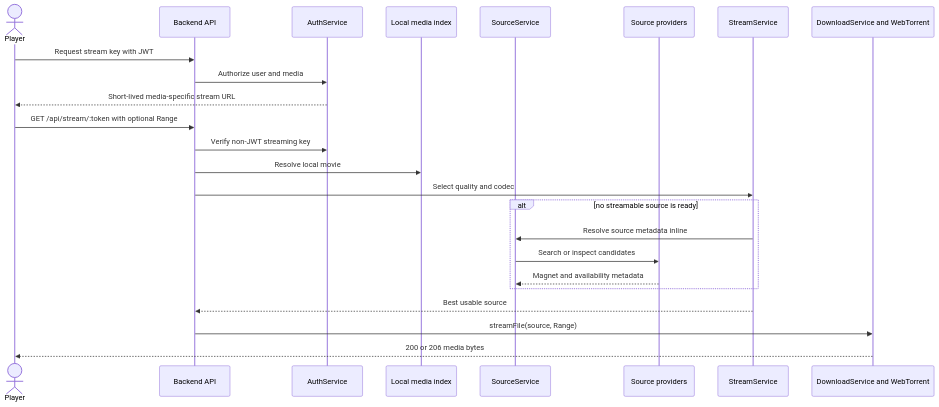
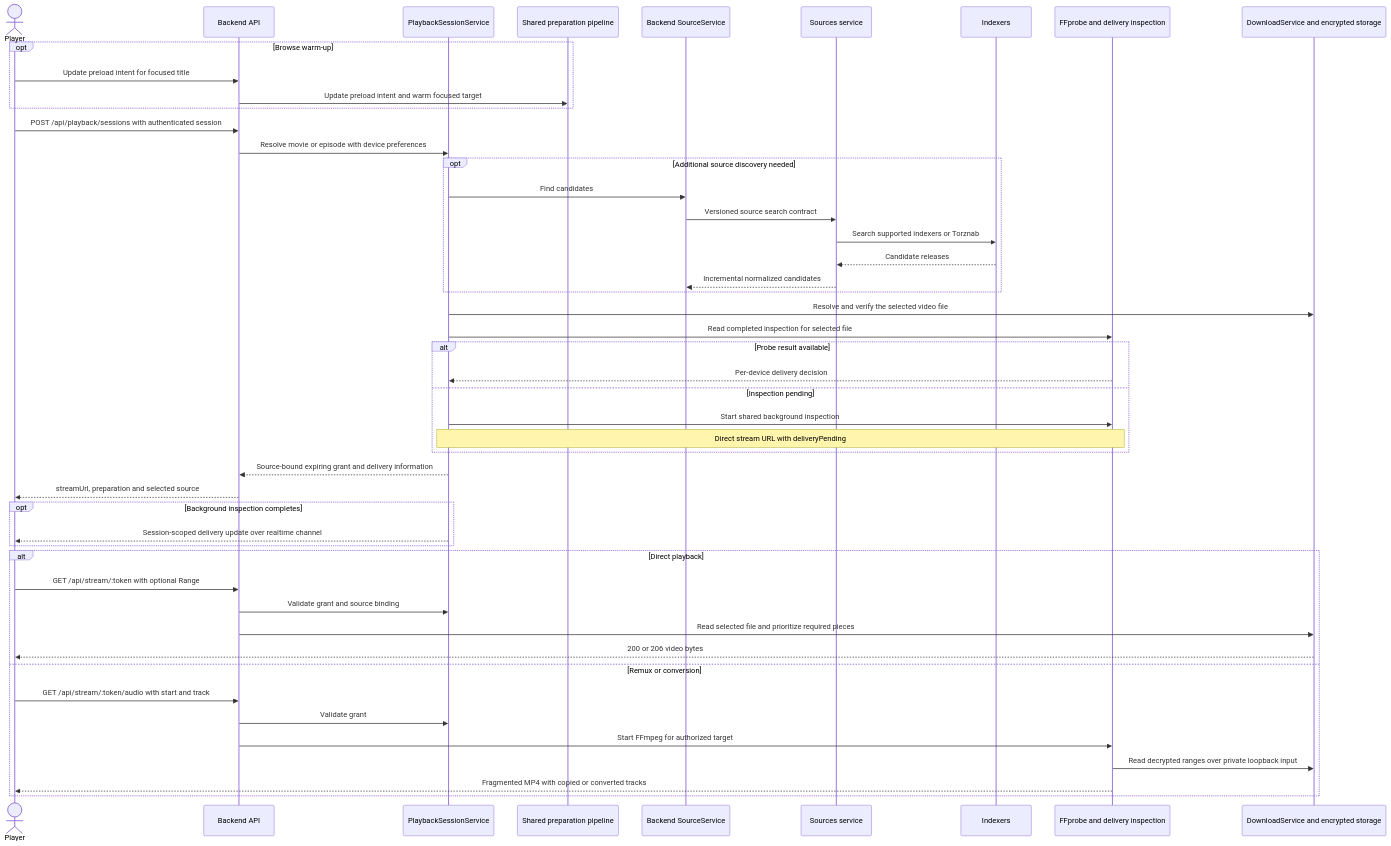
One commit to maury91/miauflix changed the sixth of 7 diagrams in docs/architecture/diagrams.md. Above: the diagram before and after it, drawn with Mermaid. The commit also changed other lines of this file and 39 other files, not shown here.

First line of the commit message:
docs: describe external source providers and current capabilities (#78)

````diff
--- a/docs/architecture/diagrams.md
+++ b/docs/architecture/diagrams.md
@@ -203,29 +218,53 @@
 ```mermaid
 sequenceDiagram
   actor Player
   participant API as Backend API
-  participant Auth as AuthService
-  participant Media as Local media index
-  participant Sources as SourceService
-  participant Providers as Source providers
-  participant Stream as StreamService
-  participant Torrent as DownloadService and WebTorrent
+  participant Session as PlaybackSessionService
+  participant Preparation as Shared preparation pipeline
+  participant Sources as Backend SourceService
+  participant Search as Sources service
+  participant Indexers
+  participant Probe as FFprobe and delivery inspection
+  participant Torrent as DownloadService and encrypted storage
 
-  Player->>API: Request stream key with JWT
-  API->>Auth: Authorize user and media
-  Auth-->>Player: Short-lived media-specific stream URL
-  Player->>API: GET /api/stream/:token with optional Range
-  API->>Auth: Verify non-JWT streaming key
-  API->>Media: Resolve local movie
-  API->>Stream: Select quality and codec
-
-  alt no streamable source is ready
-    Stream->>Sources: Resolve source metadata inline
-    Sources->>Providers: Search or inspect candidates
-    Providers-->>Sources: Magnet and availability metadata
+  opt Browse warm-up
+    Player->>API: Update preload intent for focused title
+    API->>Preparation: Update preload intent and warm focused target
   end
 
-  Stream-->>API: Best usable source
-  API->>Torrent: streamFile(source, Range)
-  Torrent-->>Player: 200 or 206 media bytes
+  Player->>API: POST /api/playback/sessions with authenticated session
+  API->>Session: Resolve movie or episode with device preferences
+  opt Additional source discovery needed
+    Session->>Sources: Find candidates
+    Sources->>Search: Versioned source search contract
+    Search->>Indexers: Search supported indexers or Torznab
+    Indexers-->>Search: Candidate releases
+    Search-->>Sources: Incremental normalized candidates
+  end
+  Session->>Torrent: Resolve and verify the selected video file
+  Session->>Probe: Read completed inspection for selected file
+  alt Probe result available
+    Probe-->>Session: Per-device delivery decision
+  else Inspection pending
+    Session->>Probe: Start shared background inspection
+    Note over Session,Probe: Direct stream URL with deliveryPending
+  end
+  Session-->>API: Source-bound expiring grant and delivery information
+  API-->>Player: streamUrl, preparation and selected source
+  opt Background inspection completes
+    Session-->>Player: Session-scoped delivery update over realtime channel
+  end
+
+  alt Direct playback
+    Player->>API: GET /api/stream/:token with optional Range
+    API->>Session: Validate grant and source binding
+    API->>Torrent: Read selected file and prioritize required pieces
+    Torrent-->>Player: 200 or 206 video bytes
+  else Remux or conversion
+    Player->>API: GET /api/stream/:token/audio with start and track
+    API->>Session: Validate grant
+    API->>Probe: Start FFmpeg for authorized target
+    Probe->>Torrent: Read decrypted ranges over private loopback input
+    Probe-->>Player: Fragmented MP4 with copied or converted tracks
+  end
 ```
````
